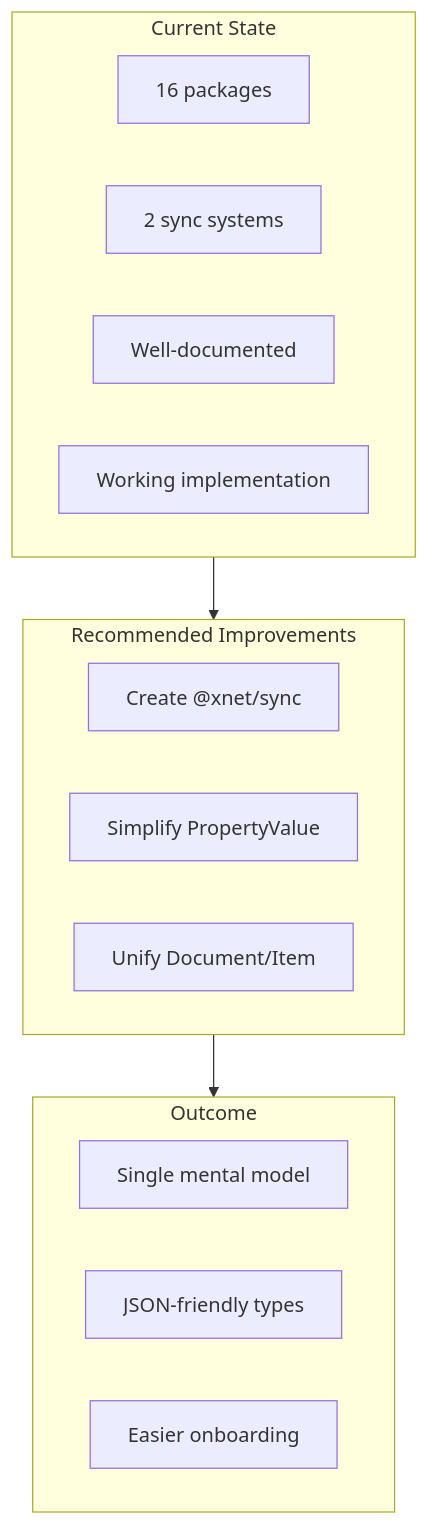
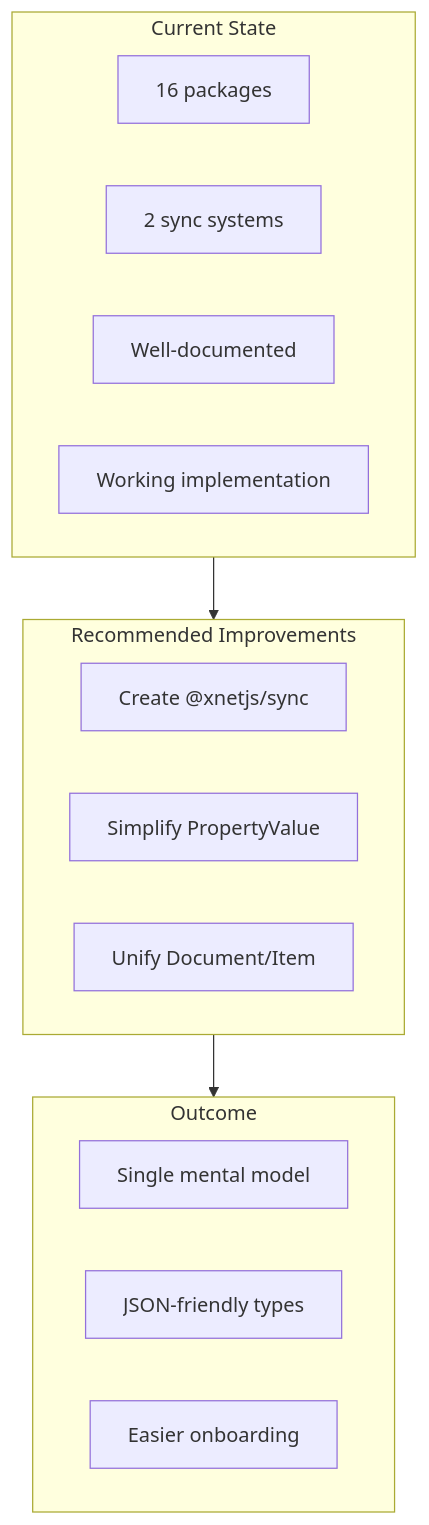
The eighth of 8 diagrams in docs/explorations/0019_[x]_CODEBASE_REVIEW.md (crs48/xNet), drawn with Mermaid before and after one commit. The commit also changed other lines of this file and 980 other files, not shown here.

````diff
--- a/docs/explorations/0019_[x]_CODEBASE_REVIEW.md
+++ b/docs/explorations/0019_[x]_CODEBASE_REVIEW.md
@@ -613,23 +613,23 @@
 ```mermaid
 flowchart TD
     subgraph current["Current State"]
         C1["16 packages"]
         C2["2 sync systems"]
         C3["Well-documented"]
         C4["Working implementation"]
     end
 
     subgraph improvements["Recommended Improvements"]
-        I1["Create @xnet/sync"]
+        I1["Create @xnetjs/sync"]
         I2["Simplify PropertyValue"]
         I3["Unify Document/Item"]
     end
 
     subgraph outcome["Outcome"]
         O1["Single mental model"]
         O2["JSON-friendly types"]
         O3["Easier onboarding"]
     end
 
     current --> improvements --> outcome
 ```
````
